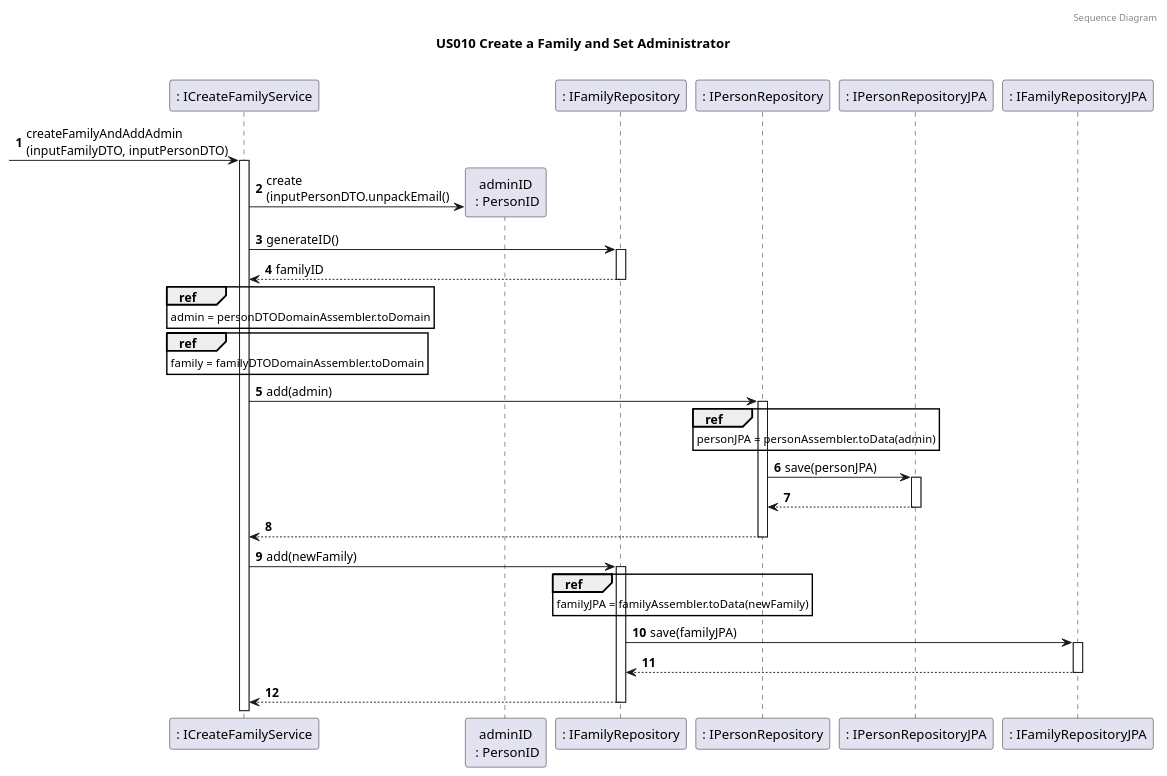
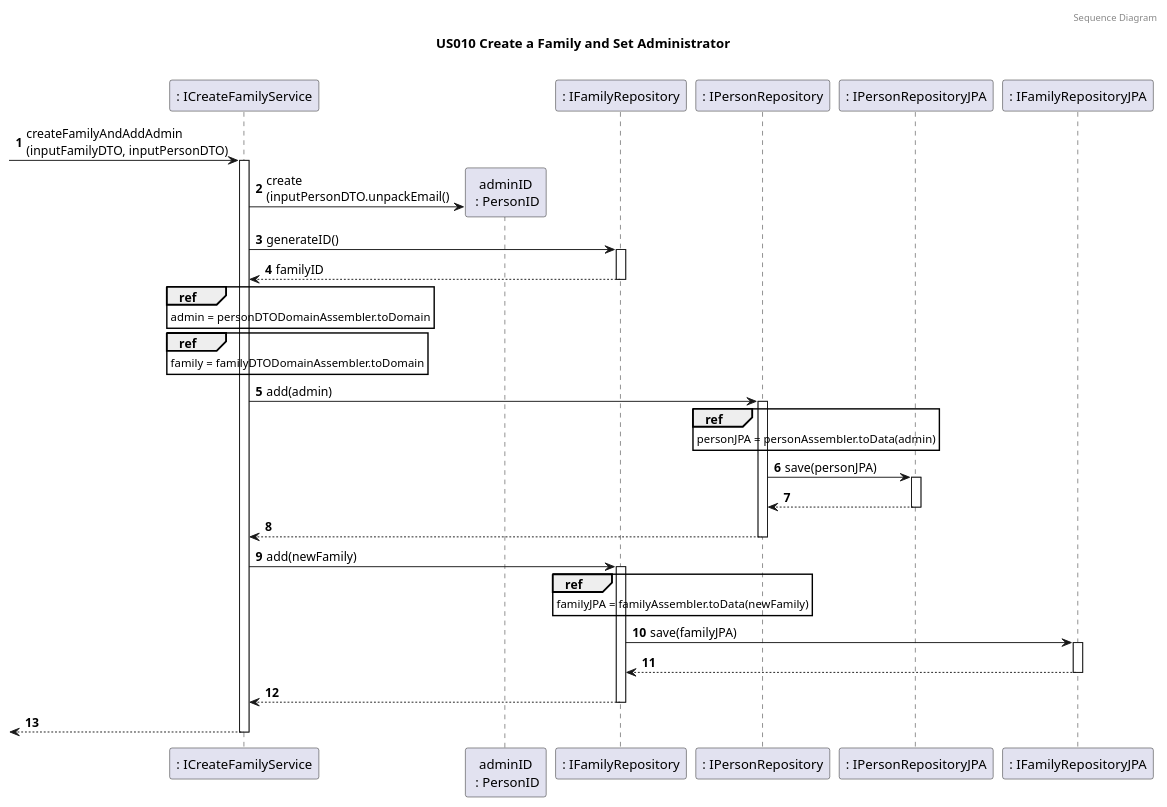
The third of 7 diagrams in docs/sprint4/user_stories/US010_CreateAFamilyAndSetAdministrator.md (tomas-osswald/switch_2020_g3), drawn with PlantUML before and after one commit.

Commit message:
add return to sd

`````diff
--- a/docs/sprint4/user_stories/US010_CreateAFamilyAndSetAdministrator.md
+++ b/docs/sprint4/user_stories/US010_CreateAFamilyAndSetAdministrator.md
@@ -108,62 +108,64 @@
 ````puml
 @startuml
 
 autonumber
 header Sequence Diagram
 title US010 Create a Family and Set Administrator
 
 
 participant ": ICreateFamilyService" as FamAdminService
 participant "adminID\n : PersonID" as adminID
 participant ": IFamilyRepository" as familyRepository
 participant ": IPersonRepository" as personRepository
 participant ": IPersonRepositoryJPA" as personRepositoryJPA
 participant ": IFamilyRepositoryJPA" as familyRepositoryJPA
 
 note left: especificar nome da instância no participant?
 
 -> FamAdminService : createFamilyAndAddAdmin\n(inputFamilyDTO, inputPersonDTO)
 activate FamAdminService
 
 FamAdminService -> adminID ** : create\n(inputPersonDTO.unpackEmail()
 
 FamAdminService -> familyRepository : generateID()
 activate familyRepository
 return familyID
 
 ref over FamAdminService
 admin = personDTODomainAssembler.toDomain
 end ref
 
 ref over FamAdminService
 family = familyDTODomainAssembler.toDomain
 end ref
 
 FamAdminService -> personRepository: add(admin)
 activate personRepository
 
 ref over personRepository
 personJPA = personAssembler.toData(admin)
 end ref
 
 personRepository -> personRepositoryJPA: save(personJPA)
 activate personRepositoryJPA
 return
 return
 
 FamAdminService -> familyRepository: add(newFamily)
 activate familyRepository
 
 ref over familyRepository
 familyJPA = familyAssembler.toData(newFamily)
 end ref
 
 familyRepository -> familyRepositoryJPA : save(familyJPA)
 activate familyRepositoryJPA
 return
 
 return
+
+return
  
 
 @enduml
 ````
`````
